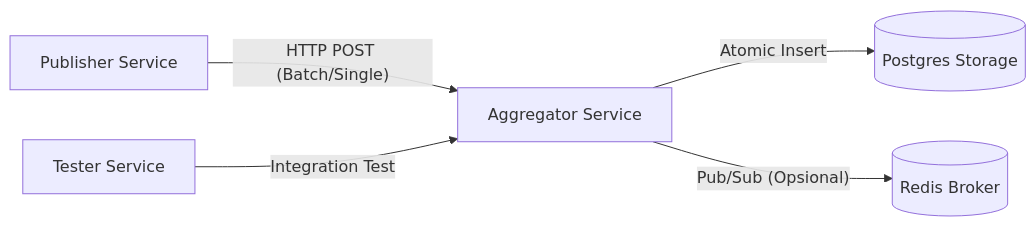
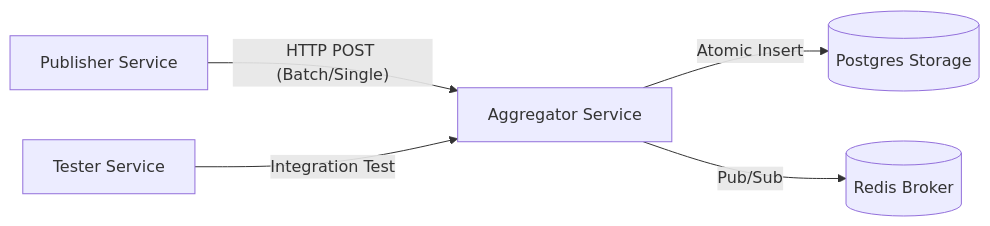
One commit to Wiraproject/uas-aggregator changed the diagram in README.md. Above: the diagram before and after it, drawn with Mermaid. The commit also changed 10 other files, not shown here.

````diff
--- a/README.md
+++ b/README.md
@@ -19,7 +19,7 @@
 ```mermaid
 graph LR
     P[Publisher Service] -- HTTP POST (Batch/Single) --> A[Aggregator Service]
     A -- Atomic Insert --> D[(Postgres Storage)]
-    A -- Pub/Sub (Opsional) --> R[(Redis Broker)]
+    A -- Pub/Sub --> R[(Redis Broker)]
     T[Tester Service] -- Integration Test --> A
 ```
````
